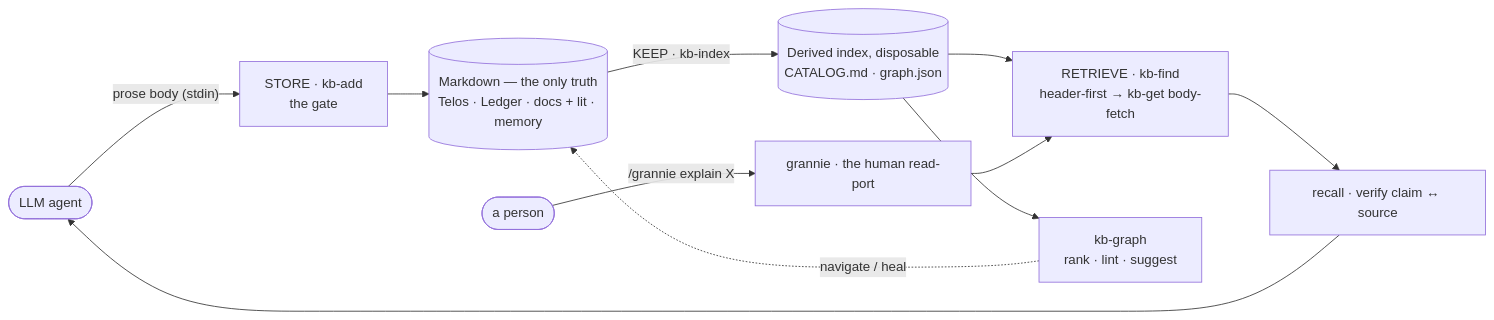
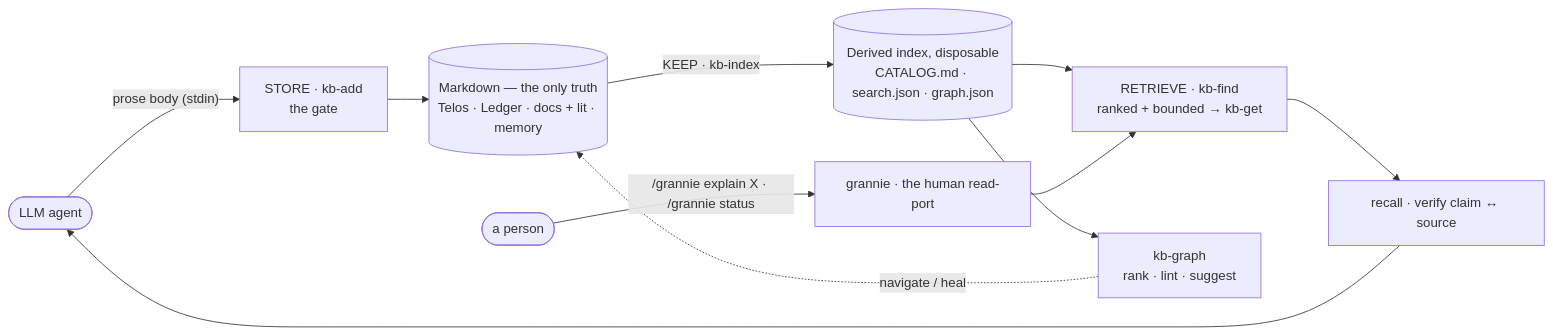
Before and after one commit to Gavin-Qiao/organon: the first of 2 diagrams in promptus/README.md, drawn with Mermaid. The commit also changed other lines of this file and 62 other files, not shown here.

````diff
--- a/promptus/README.md
+++ b/promptus/README.md
@@ -115,13 +122,13 @@
 ```mermaid
 flowchart LR
   AG(["LLM agent"]) -- "prose body (stdin)" --> ADD["STORE · kb-add<br/>the gate"]
   ADD --> MD[("Markdown — the only truth<br/>Telos · Ledger · docs + lit · memory")]
-  MD -- "KEEP · kb-index" --> IDX[("Derived index, disposable<br/>CATALOG.md · graph.json")]
-  IDX --> FIND["RETRIEVE · kb-find<br/>header-first → kb-get body-fetch"]
+  MD -- "KEEP · kb-index" --> IDX[("Derived index, disposable<br/>CATALOG.md · search.json · graph.json")]
+  IDX --> FIND["RETRIEVE · kb-find<br/>ranked + bounded → kb-get"]
   IDX --> GR["kb-graph<br/>rank · lint · suggest"]
   FIND --> REC["recall · verify claim ↔ source"]
   REC --> AG
   GR -. "navigate / heal" .-> MD
-  P(["a person"]) -- "/grannie explain X" --> GRAN["grannie · the human read-port"]
+  P(["a person"]) -- "/grannie explain X · /grannie status" --> GRAN["grannie · the human read-port"]
   GRAN --> FIND
 ```
````
